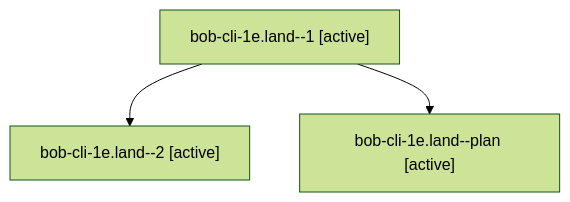
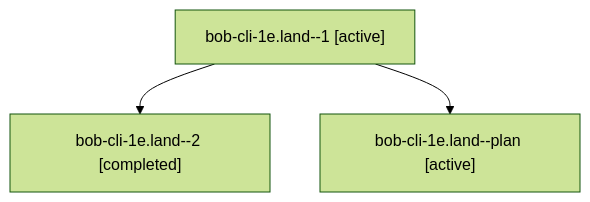
Before and after one commit to bobs-org/bob-cli--agents: the diagram in families/bbugyi200.athena.bob-cli-1e.land.md, drawn with Mermaid (forest theme). The commit also changed other lines of this file and 1279 other files, not shown here.

````diff
--- a/families/bbugyi200.athena.bob-cli-1e.land.md
+++ b/families/bbugyi200.athena.bob-cli-1e.land.md
@@ -9,8 +9,8 @@
 ```mermaid
 flowchart TD
   n0["bob-cli-1e.land--1 [active]"]
-  n1["bob-cli-1e.land--2 [active]"]
+  n1["bob-cli-1e.land--2 [completed]"]
   n0 --> n1
   n2["bob-cli-1e.land--plan [active]"]
   n0 --> n2
 ```
````
